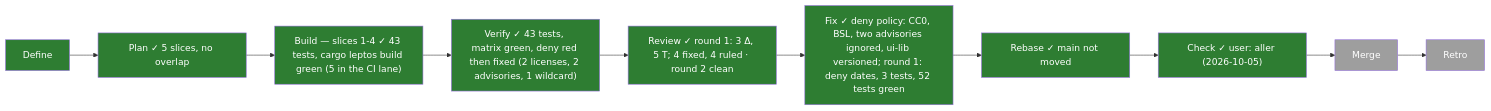
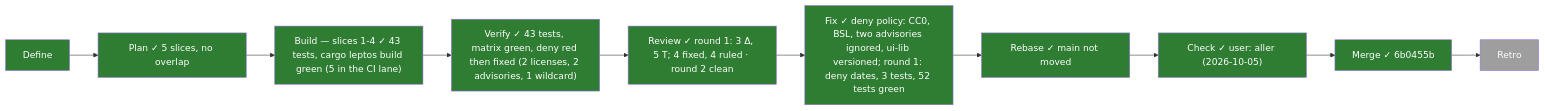
One commit to PaliCanon/learn-pali changed the first of 2 diagrams in .task/001-site-structure.md. Above: the diagram before and after it, drawn with Mermaid. The commit also changed other lines of this file, not shown here.

````diff
--- a/.task/001-site-structure.md
+++ b/.task/001-site-structure.md
@@ -7,8 +7,8 @@
 ```mermaid
 flowchart LR
-  Define:::done --> Plan["Plan ✓ 5 slices, no overlap"]:::done --> Build["Build — slices 1-4 ✓ 43 tests, cargo leptos build green (5 in the CI lane)"]:::done --> Verify["Verify ✓ 43 tests, matrix green, deny red then fixed (2 licenses, 2 advisories, 1 wildcard)"]:::done --> Review["Review ✓ round 1: 3 Δ, 5 T; 4 fixed, 4 ruled · round 2 clean"]:::done --> Fix["Fix ✓ deny policy: CC0, BSL, two advisories ignored, ui-lib versioned; round 1: deny dates, 3 tests, 52 tests green"]:::done --> Rebase["Rebase ✓ main not moved"]:::done --> Check["Check ✓ user: aller (2026-10-05)"]:::done --> Merge:::todo --> Retro:::todo
+  Define:::done --> Plan["Plan ✓ 5 slices, no overlap"]:::done --> Build["Build — slices 1-4 ✓ 43 tests, cargo leptos build green (5 in the CI lane)"]:::done --> Verify["Verify ✓ 43 tests, matrix green, deny red then fixed (2 licenses, 2 advisories, 1 wildcard)"]:::done --> Review["Review ✓ round 1: 3 Δ, 5 T; 4 fixed, 4 ruled · round 2 clean"]:::done --> Fix["Fix ✓ deny policy: CC0, BSL, two advisories ignored, ui-lib versioned; round 1: deny dates, 3 tests, 52 tests green"]:::done --> Rebase["Rebase ✓ main not moved"]:::done --> Check["Check ✓ user: aller (2026-10-05)"]:::done --> Merge["Merge ✓ 6b0455b"]:::done --> Retro:::todo
   classDef done fill:#2e7d32,color:#fff
   classDef doing fill:#f9a825,color:#000
   classDef todo fill:#9e9e9e,color:#fff
   classDef fail fill:#c62828,color:#fff
 ```
````
